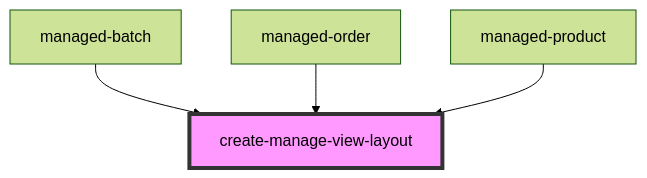
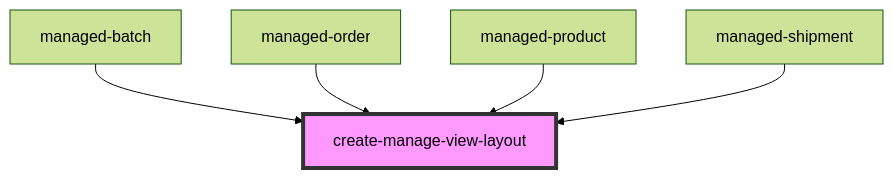
The diagram in pdm-web-components/src/components/create-manage-view-layout/readme.md (PharmaLedger-IMI/fgt-workspace), drawn with Mermaid (forest theme) before and after one commit. The commit also changed other lines of this file and 35 other files, not shown here.

````diff
--- a/pdm-web-components/src/components/create-manage-view-layout/readme.md
+++ b/pdm-web-components/src/components/create-manage-view-layout/readme.md
@@ -61,7 +62,8 @@
 ```mermaid
 graph TD;
   managed-batch --> create-manage-view-layout
   managed-order --> create-manage-view-layout
   managed-product --> create-manage-view-layout
+  managed-shipment --> create-manage-view-layout
   style create-manage-view-layout fill:#f9f,stroke:#333,stroke-width:4px
 ```
````
